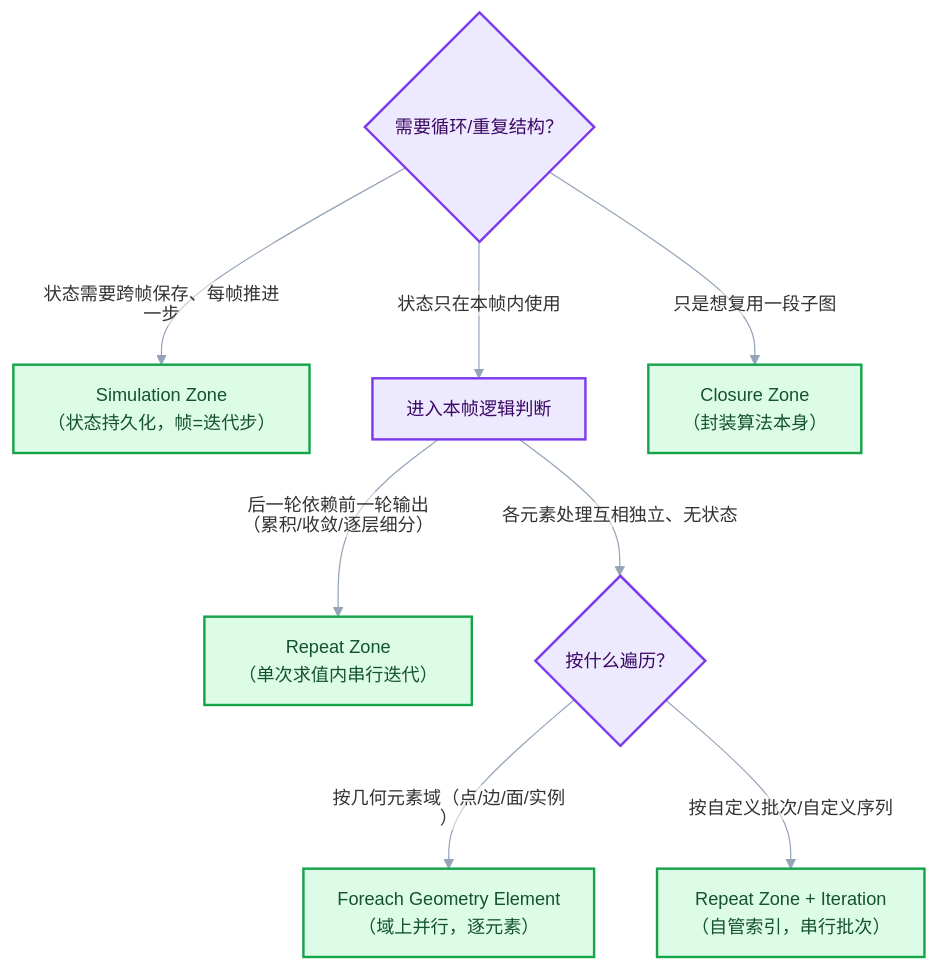
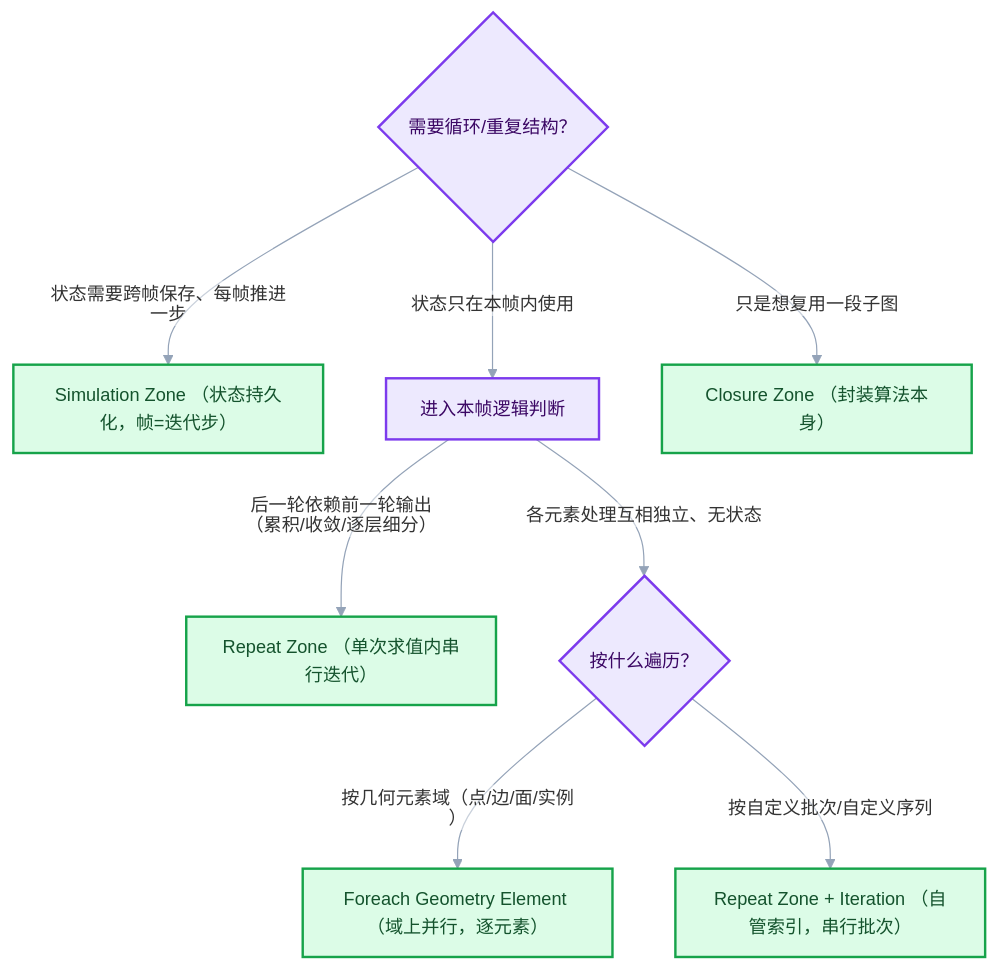
The first of 16 diagrams in 杂/markdown/重复区域-dsh/06-实战与性能/01-使用模式与迭代设计.md (yunkezengren/blender-.vscode), drawn with Mermaid before and after one commit. The commit also changed other lines of this file and 27 other files, not shown here.

````diff
--- a/杂/markdown/重复区域-dsh/06-实战与性能/01-使用模式与迭代设计.md
+++ b/杂/markdown/重复区域-dsh/06-实战与性能/01-使用模式与迭代设计.md
@@ -57,19 +55,19 @@
 ```mermaid
 %%{init: {"theme":"base","themeVariables":{"fontFamily":"\"Segoe UI\",\"Microsoft YaHei\",sans-serif","fontSize":"15px","lineColor":"#94A3B8","edgeLabelBackground":"#FFFFFF","clusterBkg":"#F8FAFC","clusterBorder":"#CBD5E1"},"flowchart":{"htmlLabels":false,"curve":"basis","nodeSpacing":52,"rankSpacing":64,"padding":14,"diagramPadding":16,"useMaxWidth":true},"sequence":{"useMaxWidth":true,"wrap":true,"mirrorActors":false,"messageMargin":36}}}%%
 flowchart TB
     Q{"需要循环/重复结构？"}:::abstraction
-    Q -->|"状态需要跨帧保存、每帧推进一步"| SIM["Simulation Zone<br/>（状态持久化，帧=迭代步）"]:::result
+    Q -->|"状态需要跨帧保存、每帧推进一步"| SIM["Simulation Zone （状态持久化，帧=迭代步）"]:::result
     Q -->|"状态只在本帧内使用"| INFRAME["进入本帧逻辑判断"]:::abstraction
-    INFRAME -->|"后一轮依赖前一轮输出<br/>（累积/收敛/逐层细分）"| REP["Repeat Zone<br/>（单次求值内串行迭代）"]:::result
+    INFRAME -->|"后一轮依赖前一轮输出 （累积/收敛/逐层细分）"| REP["Repeat Zone （单次求值内串行迭代）"]:::result
     INFRAME -->|"各元素处理互相独立、无状态"| CHECK{"按什么遍历？"}:::abstraction
-    CHECK -->|"按几何元素域（点/边/面/实例）"| FOREACH["Foreach Geometry Element<br/>（域上并行，逐元素）"]:::result
-    CHECK -->|"按自定义批次/自定义序列"| REP2["Repeat Zone + Iteration<br/>（自管索引，串行批次）"]:::result
-    Q -->|"只是想复用一段子图"| CLO["Closure Zone<br/>（封装算法本身）"]:::result
+    CHECK -->|"按几何元素域（点/边/面/实例）"| FOREACH["Foreach Geometry Element （域上并行，逐元素）"]:::result
+    CHECK -->|"按自定义批次/自定义序列"| REP2["Repeat Zone + Iteration （自管索引，串行批次）"]:::result
+    Q -->|"只是想复用一段子图"| CLO["Closure Zone （封装算法本身）"]:::result
 
     classDef input fill:#DBEAFE,stroke:#2563EB,color:#172554,stroke-width:2px;
     classDef data fill:#CFFAFE,stroke:#0891B2,color:#164E63,stroke-width:2px;
     classDef abstraction fill:#EDE9FE,stroke:#7C3AED,color:#3B0764,stroke-width:2px;
     classDef compute fill:#FEF3C7,stroke:#D97706,color:#78350F,stroke-width:2px;
     classDef result fill:#DCFCE7,stroke:#16A34A,color:#14532D,stroke-width:2px;
     classDef error fill:#FEE2E2,stroke:#DC2626,color:#7F1D1D,stroke-width:2px;
 ```
````
